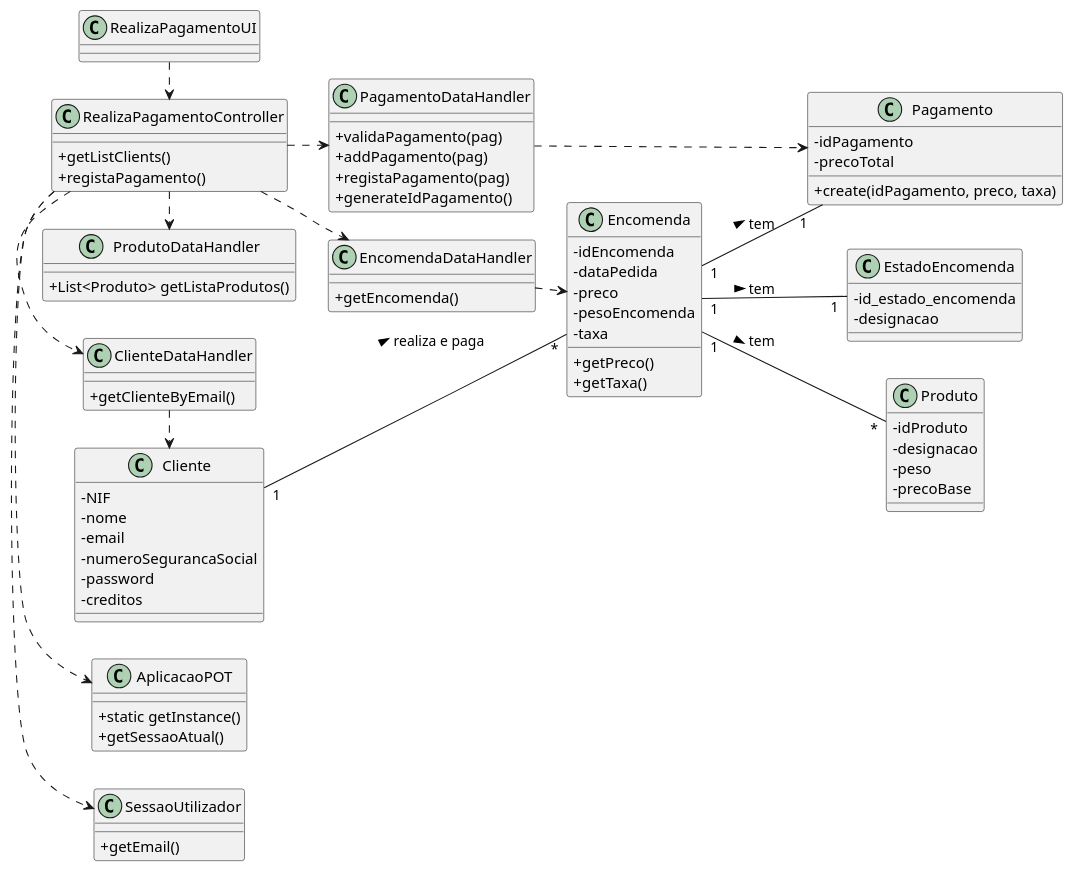
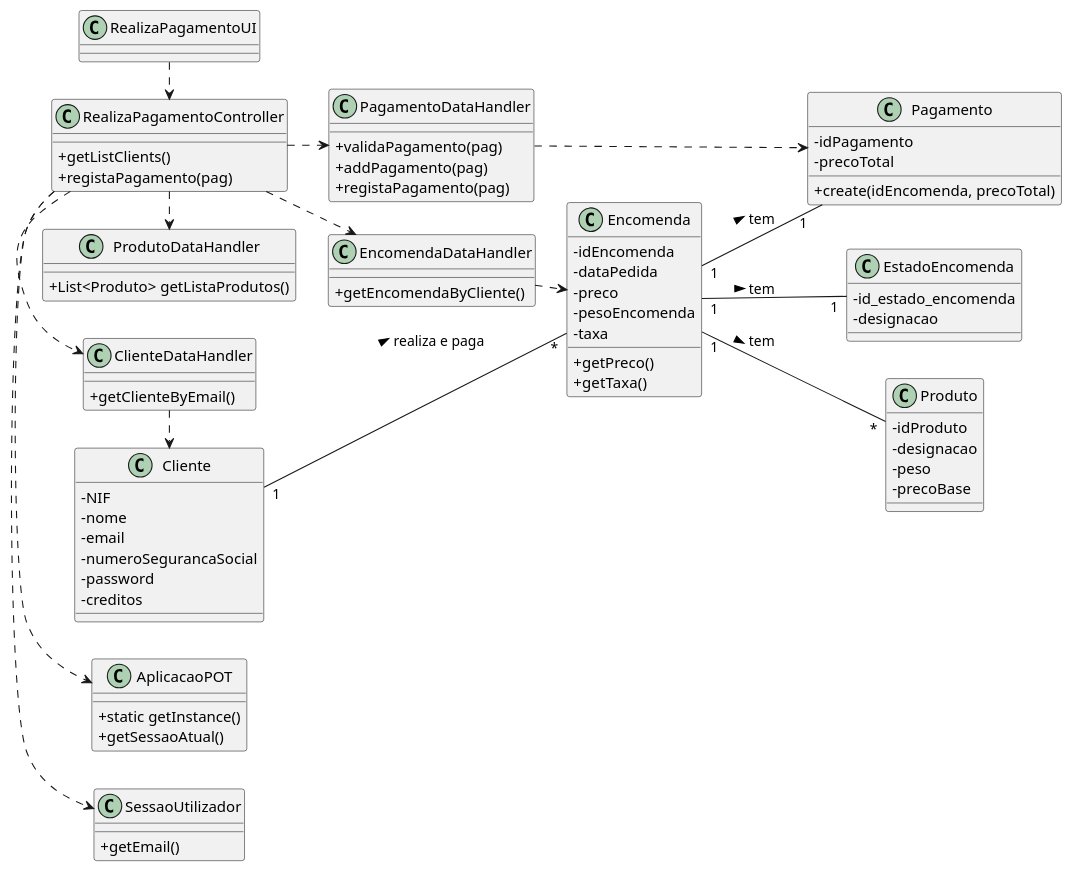
One commit to pedrolemos4/LAPR3 changed the diagram in docs/UC26/CD.puml. Above: the diagram before and after it, drawn with PlantUML. The commit also changed 11 other files, not shown here.

```diff
--- a/docs/UC26/CD.puml
+++ b/docs/UC26/CD.puml
@@ -1,100 +1,97 @@
 @startuml
 skinparam classAttributeIconSize 0
 left to right direction
 
 
 class RealizaPagamentoUI {
     
 }
 
 class RealizaPagamentoController {
     +getListClients()
-    +registaPagamento()
+    +registaPagamento(pag)
 }
 
 class ClienteDataHandler {
     +getClienteByEmail()
 }
 
 class ProdutoDataHandler {
     +List<Produto> getListaProdutos()
 }
 
 class PagamentoDataHandler {
     +validaPagamento(pag)
     +addPagamento(pag)
     +registaPagamento(pag)
-    +generateIdPagamento()
 }
 
 class EncomendaDataHandler {
-    +getEncomenda()
+    +getEncomendaByCliente()
 }
 
-class AplicacaoPOT
-{
+class AplicacaoPOT{
   +static getInstance()
   +getSessaoAtual()
 }
 
-class SessaoUtilizador
-{
+class SessaoUtilizador{
   +getEmail()
 }
 
 
 class Encomenda {
   -idEncomenda
   -dataPedida
   -preco
   -pesoEncomenda
   -taxa
   +getPreco()
   +getTaxa()
 }
 
 class Pagamento {
   -idPagamento
   -precoTotal
-  +create(idPagamento, preco, taxa)
+  +create(idEncomenda, precoTotal)
 }
 
 class EstadoEncomenda {
   -id_estado_encomenda
   -designacao
 }
 
 class Cliente {
   -NIF
   -nome
   -email
   -numeroSegurancaSocial
   -password
   -creditos
 }
 
 class Produto {
   -idProduto
   -designacao
   -peso
   -precoBase
 }
 
 RealizaPagamentoUI .> RealizaPagamentoController
 RealizaPagamentoController .> SessaoUtilizador
 RealizaPagamentoController .> AplicacaoPOT
 RealizaPagamentoController .> ClienteDataHandler
 RealizaPagamentoController .> ProdutoDataHandler
 RealizaPagamentoController .> EncomendaDataHandler
 RealizaPagamentoController .> PagamentoDataHandler
 
 PagamentoDataHandler .> Pagamento
 Encomenda "1" -- "1" EstadoEncomenda : tem >
 Cliente "1" -- "*" Encomenda: realiza e paga >
 Encomenda "1" -- "*" Produto: tem >
 Encomenda "1" -- "1" Pagamento: tem >
 
 ClienteDataHandler .> Cliente
 EncomendaDataHandler .> Encomenda
 
 @enduml
```
